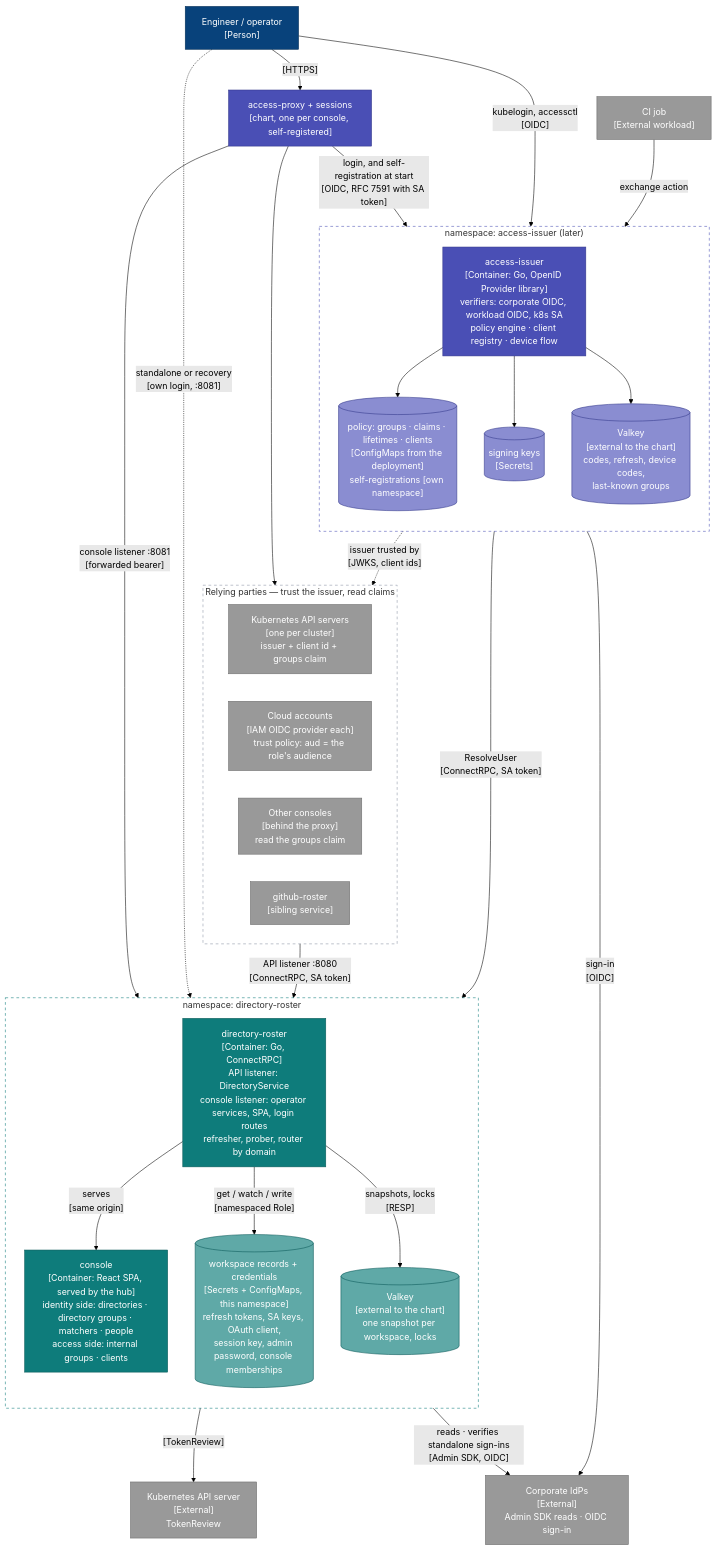
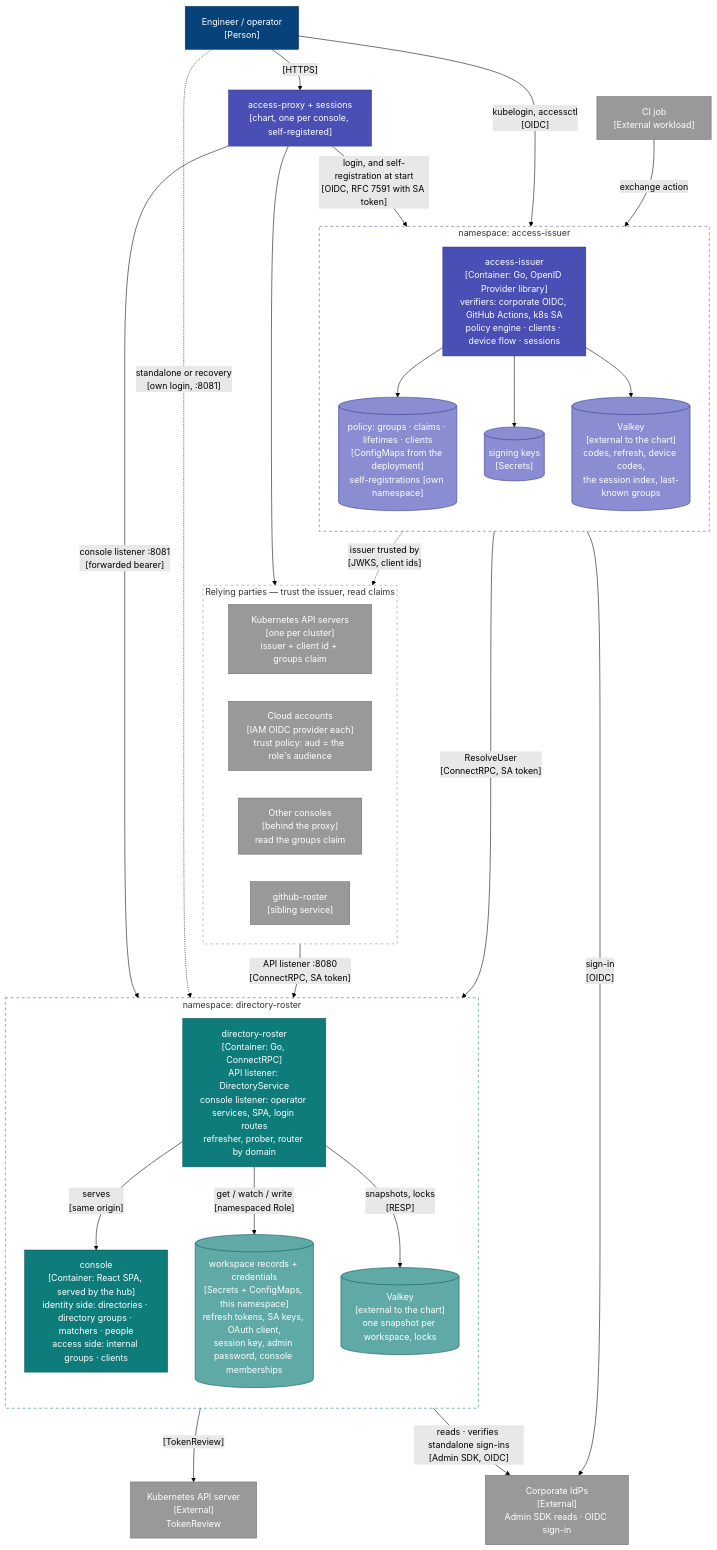
Before and after one commit to truvity/access-roster: the second of 11 diagrams in docs/architecture.md, drawn with Mermaid (forest theme). The commit also changed other lines of this file and 27 other files, not shown here.

````diff
--- a/docs/architecture.md
+++ b/docs/architecture.md
@@ -82,64 +102,64 @@
 ```mermaid
 flowchart TB
   eng["Engineer / operator<br/>[Person]"]:::person
   ci["CI job<br/>[External workload]"]:::ext
   proxy["access-proxy + sessions<br/>[chart, one per console, self-registered]"]:::token
   idp["Corporate IdPs<br/>[External]<br/>Admin SDK reads · OIDC sign-in"]:::ext
   kapi["Kubernetes API server<br/>[External]<br/>TokenReview"]:::ext
 
-  subgraph nsTs["namespace: access-issuer (later)"]
+  subgraph nsTs["namespace: access-issuer"]
     direction TB
-    ts["access-issuer<br/>[Container: Go, OpenID Provider library]<br/>verifiers: corporate OIDC, workload OIDC, k8s SA<br/>policy engine · client registry · device flow"]:::token
+    ts["access-issuer<br/>[Container: Go, OpenID Provider library]<br/>verifiers: corporate OIDC, GitHub Actions, k8s SA<br/>policy engine · clients · device flow · sessions"]:::token
     policyStore[("policy: groups · claims · lifetimes · clients<br/>[ConfigMaps from the deployment]<br/>self-registrations [own namespace]")]:::tokenStore
     keys[("signing keys<br/>[Secrets]")]:::tokenStore
-    tsv[("Valkey<br/>[external to the chart]<br/>codes, refresh, device codes,<br/>last-known groups")]:::tokenStore
+    tsv[("Valkey<br/>[external to the chart]<br/>codes, refresh, device codes,<br/>the session index, last-known groups")]:::tokenStore
   end
 
   subgraph nsHub["namespace: directory-roster"]
     direction TB
     hub["directory-roster<br/>[Container: Go, ConnectRPC]<br/>API listener: DirectoryService<br/>console listener: operator services, SPA, login routes<br/>refresher, prober, router by domain"]:::hub
     spa["console<br/>[Container: React SPA, served by the hub]<br/>identity side: directories · directory groups · matchers · people<br/>access side: internal groups · clients"]:::hub
     k8s[("workspace records + credentials<br/>[Secrets + ConfigMaps, this namespace]<br/>refresh tokens, SA keys, OAuth client,<br/>session key, admin password, console memberships")]:::hubStore
     hv[("Valkey<br/>[external to the chart]<br/>one snapshot per workspace, locks")]:::hubStore
   end
 
   subgraph rp["Relying parties — trust the issuer, read claims"]
     direction LR
     k8sapi["Kubernetes API servers<br/>[one per cluster]<br/>issuer + client id + groups claim"]:::ext
     cloud["Cloud accounts<br/>[IAM OIDC provider each]<br/>trust policy: aud = the role's audience"]:::ext
     consoles["Other consoles<br/>[behind the proxy]<br/>read the groups claim"]:::ext
     roster["github-roster<br/>[sibling service]"]:::ext
   end
 
   eng -- "[HTTPS]" --> proxy
   proxy -- "login, and self-registration at start<br/>[OIDC, RFC 7591 with SA token]" --> ts
   proxy -- "console listener :8081<br/>[forwarded bearer]" --> hub
   proxy --> consoles
   eng -. "standalone or recovery<br/>[own login, :8081]" .-> hub
   eng -- "kubelogin, accessctl<br/>[OIDC]" --> ts
   ci -- "exchange action" --> ts
   ts -- "sign-in<br/>[OIDC]" --> idp
   ts -- "ResolveUser<br/>[ConnectRPC, SA token]" --> hub
   ts --> policyStore
   ts --> keys
   ts --> tsv
   ts -. "issuer trusted by<br/>[JWKS, client ids]" .-> rp
   hub -- "serves<br/>[same origin]" --> spa
   hub -- "[TokenReview]" --> kapi
   hub -- "get / watch / write<br/>[namespaced Role]" --> k8s
   hub -- "snapshots, locks<br/>[RESP]" --> hv
   hub -- "reads · verifies standalone sign-ins<br/>[Admin SDK, OIDC]" --> idp
   roster -- "API listener :8080<br/>[ConnectRPC, SA token]" --> hub
 
   classDef person fill:#08427b,stroke:#052e56,color:#fff
   classDef system fill:#1168bd,stroke:#0b4884,color:#fff
   classDef ext fill:#999999,stroke:#6b6b6b,color:#fff
   classDef hub fill:#0E7C7B,stroke:#0A5958,color:#fff
   classDef hubStore fill:#5FA9A7,stroke:#0A5958,color:#fff
   classDef token fill:#4A4FB5,stroke:#33378A,color:#fff
   classDef tokenStore fill:#8A8DD1,stroke:#33378A,color:#fff
   classDef component fill:#85bbf0,stroke:#5d82a8,color:#000
   style nsTs fill:none,stroke:#4A4FB5,stroke-dasharray:5 5
   style nsHub fill:none,stroke:#0E7C7B,stroke-dasharray:5 5
   style rp fill:none,stroke:#8A93A3,stroke-dasharray:5 5
 ```
````
